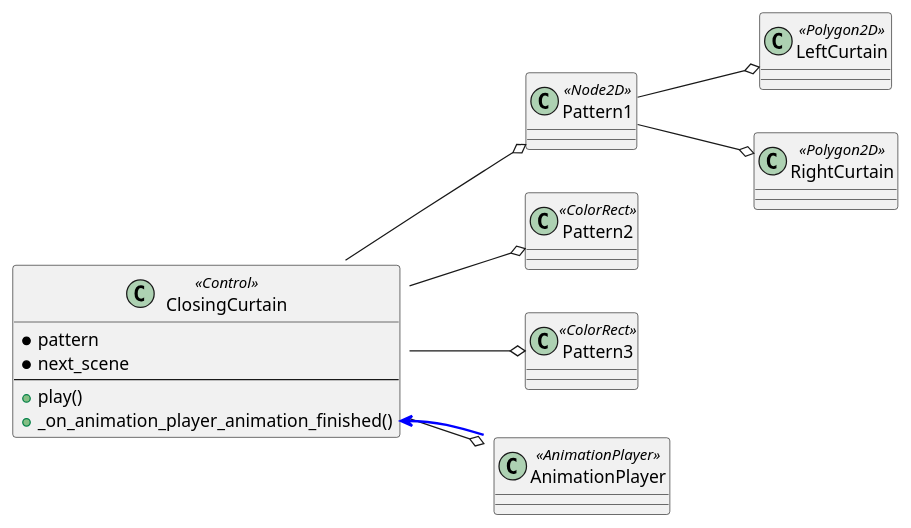
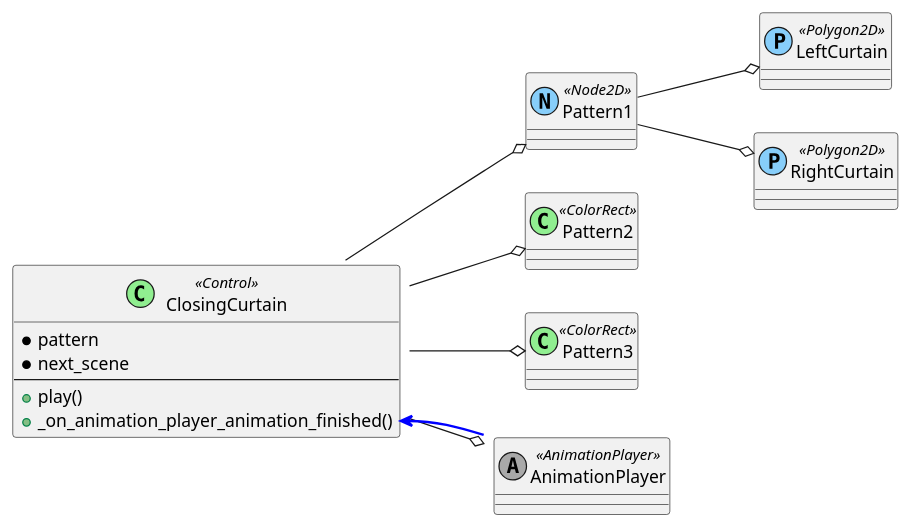
Before and after one commit to tkmfujise/Platformer-Game-Learning: the diagram in content/scenes/src/curtain/closing/closing.tscn.adoc, drawn with PlantUML. The commit also changed 69 other files, not shown here.

Commit message:
Change scene diagram class color

```diff
--- a/content/scenes/src/curtain/closing/closing.tscn.adoc
+++ b/content/scenes/src/curtain/closing/closing.tscn.adoc
@@ -9,30 +9,30 @@
 [plantuml]
 ....
-class ROOT as "ClosingCurtain" <<Control>> {
+class ROOT as "ClosingCurtain" <<(C,lightgreen) Control>> {
   * pattern
   * next_scene
 ---
   + play()
   + _on_animation_player_animation_finished()
 }
-class Pattern1 as "Pattern1" <<Node2D>> {
+class Pattern1 as "Pattern1" <<(N,lightskyblue) Node2D>> {
 }
-class Pattern1_LeftCurtain as "LeftCurtain" <<Polygon2D>> {
+class Pattern1_LeftCurtain as "LeftCurtain" <<(P,lightskyblue) Polygon2D>> {
 }
-class Pattern1_RightCurtain as "RightCurtain" <<Polygon2D>> {
+class Pattern1_RightCurtain as "RightCurtain" <<(P,lightskyblue) Polygon2D>> {
 }
-class Pattern2 as "Pattern2" <<ColorRect>> {
+class Pattern2 as "Pattern2" <<(C,lightgreen) ColorRect>> {
 }
-class Pattern3 as "Pattern3" <<ColorRect>> {
+class Pattern3 as "Pattern3" <<(C,lightgreen) ColorRect>> {
 }
-class AnimationPlayer as "AnimationPlayer" <<AnimationPlayer>> {
+class AnimationPlayer as "AnimationPlayer" <<(A,darkgray) AnimationPlayer>> {
 }
 ROOT --o Pattern1
 ROOT --o Pattern2
 ROOT --o Pattern3
 ROOT --o AnimationPlayer
 Pattern1 --o Pattern1_LeftCurtain
 Pattern1 --o Pattern1_RightCurtain
 left to right direction
 ROOT::_on_animation_player_animation_finished <-[#blue,thickness=2]- AnimationPlayer::animation_finished
 ....
```
